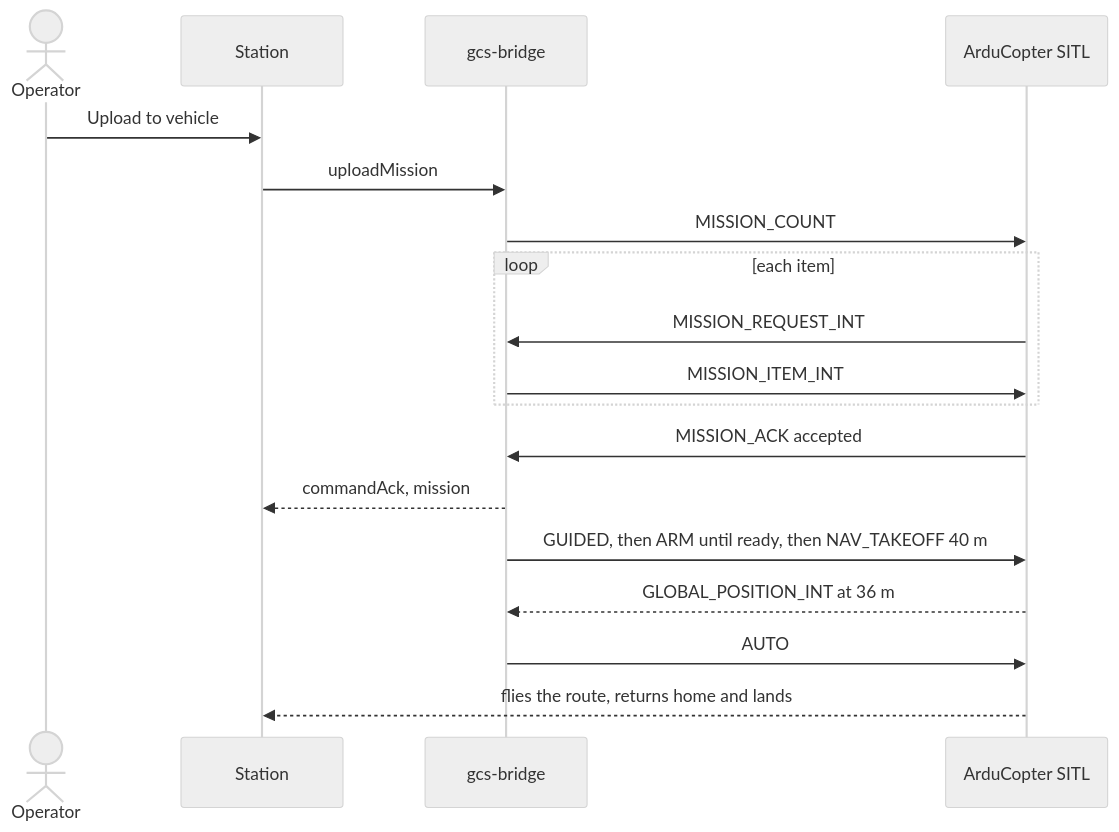
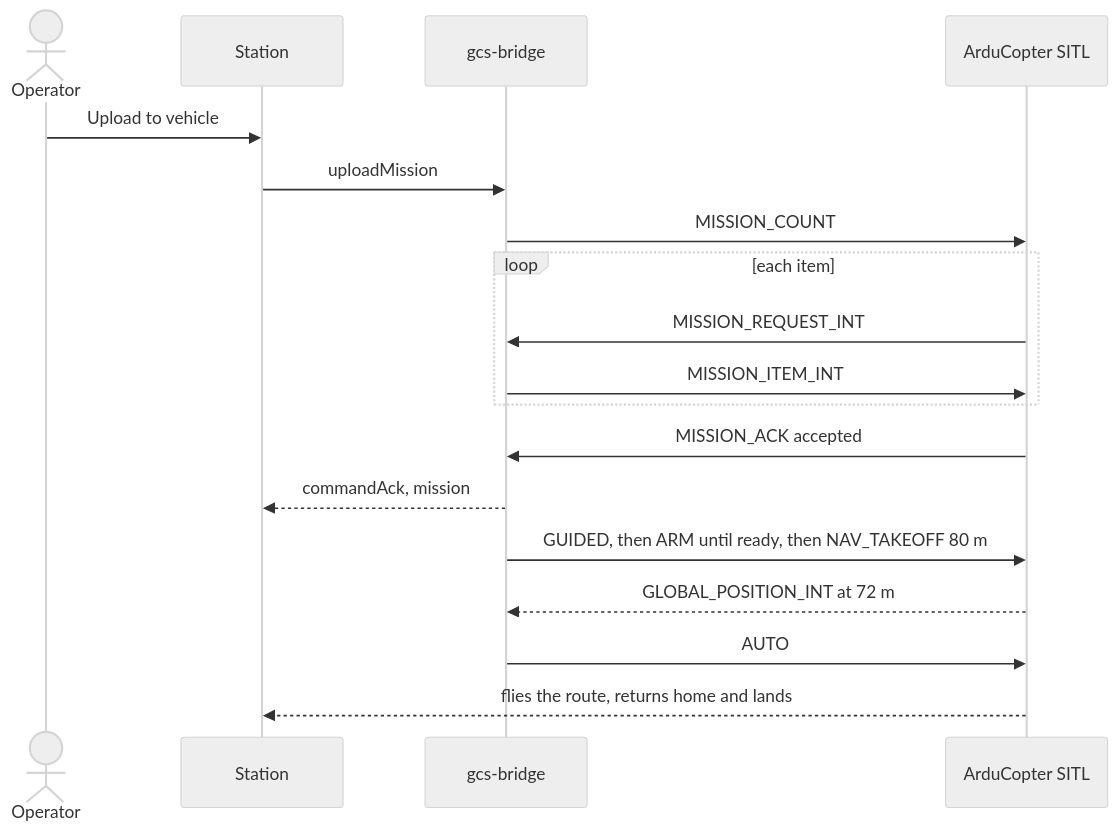
One commit to Nikita-Beliaiev/mini-gcs changed the fifth of 5 diagrams in docs/architecture.md. Above: the diagram before and after it, drawn with Mermaid (neutral theme). The commit also changed other lines of this file and 8 other files, not shown here.

````diff
--- a/docs/architecture.md
+++ b/docs/architecture.md
@@ -174,21 +174,21 @@
 ```mermaid
 sequenceDiagram
   actor Operator
   participant Station
   participant Bridge as gcs-bridge
   participant AP as ArduCopter SITL
 
   Operator->>Station: Upload to vehicle
   Station->>Bridge: uploadMission
   Bridge->>AP: MISSION_COUNT
   loop each item
     AP->>Bridge: MISSION_REQUEST_INT
     Bridge->>AP: MISSION_ITEM_INT
   end
   AP->>Bridge: MISSION_ACK accepted
   Bridge-->>Station: commandAck, mission
-  Bridge->>AP: GUIDED, then ARM until ready, then NAV_TAKEOFF 40 m
-  AP-->>Bridge: GLOBAL_POSITION_INT at 36 m
+  Bridge->>AP: GUIDED, then ARM until ready, then NAV_TAKEOFF 80 m
+  AP-->>Bridge: GLOBAL_POSITION_INT at 72 m
   Bridge->>AP: AUTO
   AP-->>Station: flies the route, returns home and lands
 ```
````
